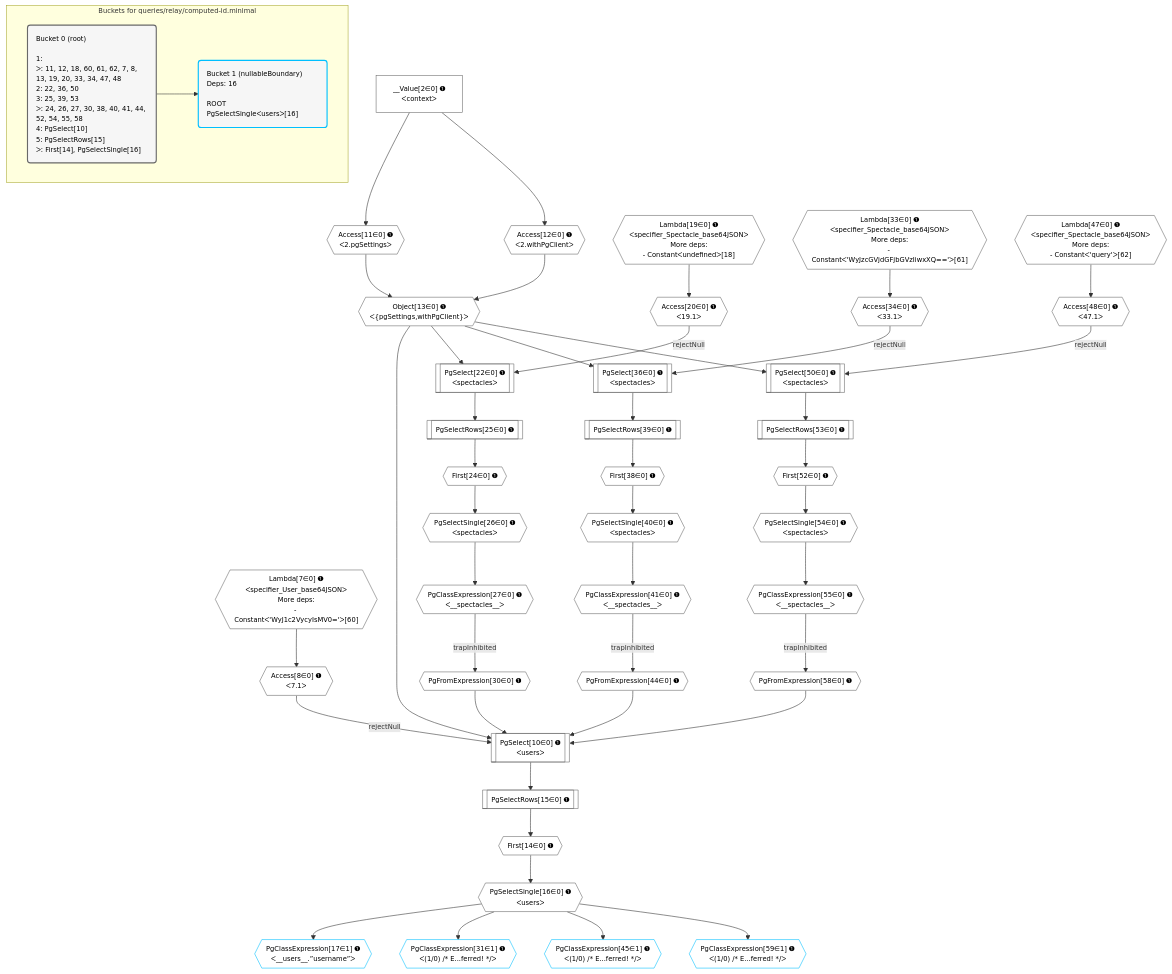
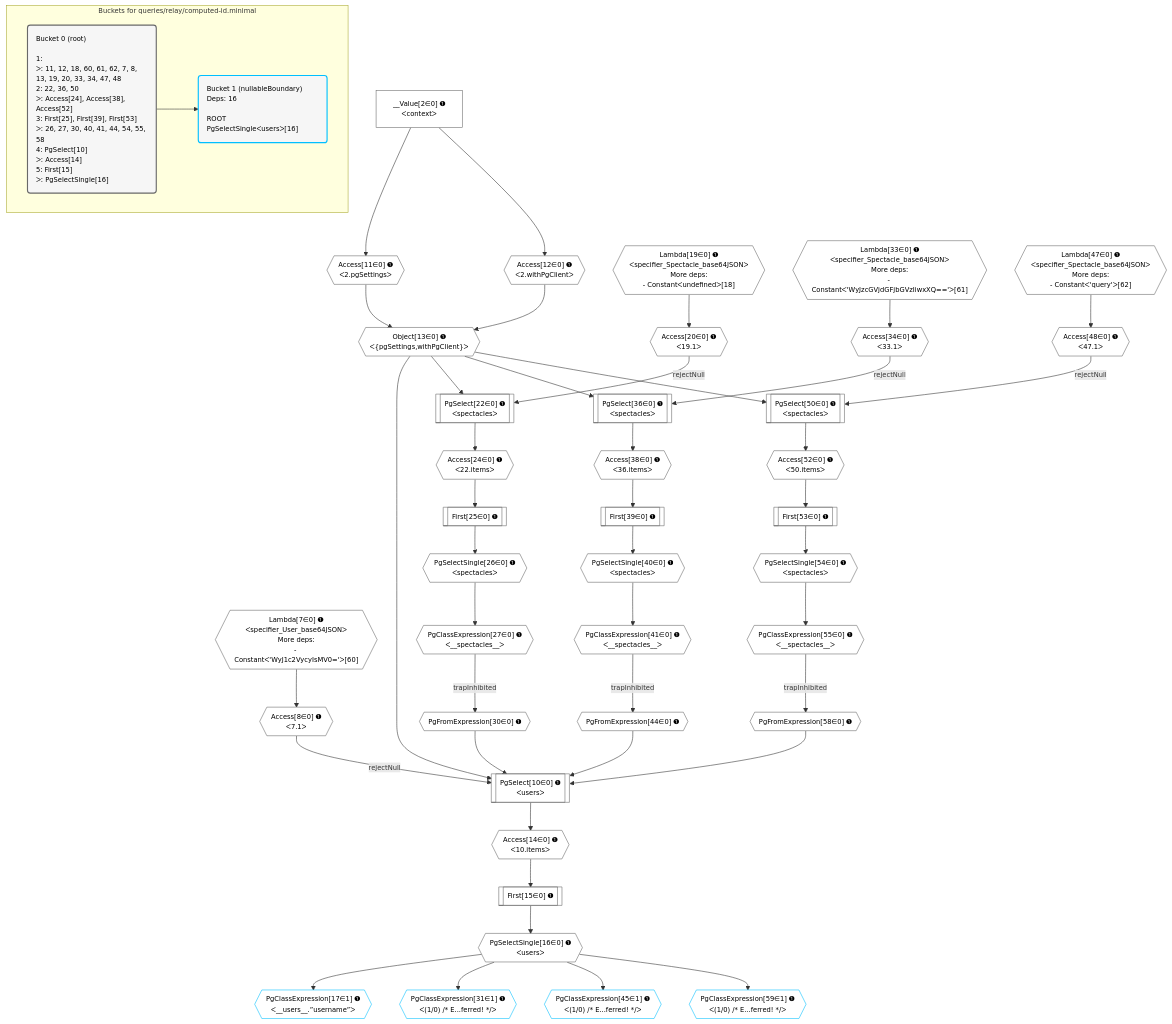
One commit to graphile/crystal changed the diagram in postgraphile/postgraphile/__tests__/queries/relay/computed-id.minimal.mermaid. Above: the diagram before and after it, drawn with Mermaid. The commit also changed 8 other files, not shown here.

```diff
--- a/postgraphile/postgraphile/__tests__/queries/relay/computed-id.minimal.mermaid
+++ b/postgraphile/postgraphile/__tests__/queries/relay/computed-id.minimal.mermaid
@@ -1,97 +1,97 @@
 %%{init: {'themeVariables': { 'fontSize': '12px'}}}%%
 graph TD
     classDef path fill:#eee,stroke:#000,color:#000
     classDef plan fill:#fff,stroke-width:1px,color:#000
     classDef itemplan fill:#fff,stroke-width:2px,color:#000
     classDef unbatchedplan fill:#dff,stroke-width:1px,color:#000
     classDef sideeffectplan fill:#fcc,stroke-width:2px,color:#000
     classDef bucket fill:#f6f6f6,color:#000,stroke-width:2px,text-align:left
 
     subgraph "Buckets for queries/relay/computed-id.minimal"
-    Bucket0("Bucket 0 (root)<br /><br />1: <br />ᐳ: 11, 12, 18, 60, 61, 62, 7, 8, 13, 19, 20, 33, 34, 47, 48<br />2: 22, 36, 50<br />3: 25, 39, 53<br />ᐳ: 24, 26, 27, 30, 38, 40, 41, 44, 52, 54, 55, 58<br />4: PgSelect[10]<br />5: PgSelectRows[15]<br />ᐳ: First[14], PgSelectSingle[16]"):::bucket
+    Bucket0("Bucket 0 (root)<br /><br />1: <br />ᐳ: 11, 12, 18, 60, 61, 62, 7, 8, 13, 19, 20, 33, 34, 47, 48<br />2: 22, 36, 50<br />ᐳ: Access[24], Access[38], Access[52]<br />3: First[25], First[39], First[53]<br />ᐳ: 26, 27, 30, 40, 41, 44, 54, 55, 58<br />4: PgSelect[10]<br />ᐳ: Access[14]<br />5: First[15]<br />ᐳ: PgSelectSingle[16]"):::bucket
     Bucket1("Bucket 1 (nullableBoundary)<br />Deps: 16<br /><br />ROOT PgSelectSingleᐸusersᐳ[16]"):::bucket
     end
     Bucket0 --> Bucket1
 
     %% plan dependencies
     PgSelect10[["PgSelect[10∈0] ➊<br />ᐸusersᐳ"]]:::plan
     Object13{{"Object[13∈0] ➊<br />ᐸ{pgSettings,withPgClient}ᐳ"}}:::plan
     Access8{{"Access[8∈0] ➊<br />ᐸ7.1ᐳ"}}:::plan
     PgFromExpression30{{"PgFromExpression[30∈0] ➊"}}:::plan
     PgFromExpression44{{"PgFromExpression[44∈0] ➊"}}:::plan
     PgFromExpression58{{"PgFromExpression[58∈0] ➊"}}:::plan
     Access8 -->|rejectNull| PgSelect10
     Object13 & PgFromExpression30 & PgFromExpression44 & PgFromExpression58 --> PgSelect10
     Access11{{"Access[11∈0] ➊<br />ᐸ2.pgSettingsᐳ"}}:::plan
     Access12{{"Access[12∈0] ➊<br />ᐸ2.withPgClientᐳ"}}:::plan
     Access11 & Access12 --> Object13
     PgSelect22[["PgSelect[22∈0] ➊<br />ᐸspectaclesᐳ"]]:::plan
     Access20{{"Access[20∈0] ➊<br />ᐸ19.1ᐳ"}}:::plan
     Access20 -->|rejectNull| PgSelect22
     Object13 --> PgSelect22
     PgSelect36[["PgSelect[36∈0] ➊<br />ᐸspectaclesᐳ"]]:::plan
     Access34{{"Access[34∈0] ➊<br />ᐸ33.1ᐳ"}}:::plan
     Access34 -->|rejectNull| PgSelect36
     Object13 --> PgSelect36
     PgSelect50[["PgSelect[50∈0] ➊<br />ᐸspectaclesᐳ"]]:::plan
     Access48{{"Access[48∈0] ➊<br />ᐸ47.1ᐳ"}}:::plan
     Access48 -->|rejectNull| PgSelect50
     Object13 --> PgSelect50
     Lambda7{{"Lambda[7∈0] ➊<br />ᐸspecifier_User_base64JSONᐳ<br />More deps:<br />- Constantᐸ'WyJ1c2VycyIsMV0='ᐳ[60]"}}:::plan
     Lambda7 --> Access8
     __Value2["__Value[2∈0] ➊<br />ᐸcontextᐳ"]:::plan
     __Value2 --> Access11
     __Value2 --> Access12
-    First14{{"First[14∈0] ➊"}}:::plan
-    PgSelectRows15[["PgSelectRows[15∈0] ➊"]]:::plan
-    PgSelectRows15 --> First14
-    PgSelect10 --> PgSelectRows15
+    Access14{{"Access[14∈0] ➊<br />ᐸ10.itemsᐳ"}}:::plan
+    PgSelect10 --> Access14
+    First15[["First[15∈0] ➊"]]:::plan
+    Access14 --> First15
     PgSelectSingle16{{"PgSelectSingle[16∈0] ➊<br />ᐸusersᐳ"}}:::plan
-    First14 --> PgSelectSingle16
+    First15 --> PgSelectSingle16
     Lambda19{{"Lambda[19∈0] ➊<br />ᐸspecifier_Spectacle_base64JSONᐳ<br />More deps:<br />- Constantᐸundefinedᐳ[18]"}}:::plan
     Lambda19 --> Access20
-    First24{{"First[24∈0] ➊"}}:::plan
-    PgSelectRows25[["PgSelectRows[25∈0] ➊"]]:::plan
-    PgSelectRows25 --> First24
-    PgSelect22 --> PgSelectRows25
+    Access24{{"Access[24∈0] ➊<br />ᐸ22.itemsᐳ"}}:::plan
+    PgSelect22 --> Access24
+    First25[["First[25∈0] ➊"]]:::plan
+    Access24 --> First25
     PgSelectSingle26{{"PgSelectSingle[26∈0] ➊<br />ᐸspectaclesᐳ"}}:::plan
-    First24 --> PgSelectSingle26
+    First25 --> PgSelectSingle26
     PgClassExpression27{{"PgClassExpression[27∈0] ➊<br />ᐸ__spectacles__ᐳ"}}:::plan
     PgSelectSingle26 --> PgClassExpression27
     PgClassExpression27 -->|trapInhibited| PgFromExpression30
     Lambda33{{"Lambda[33∈0] ➊<br />ᐸspecifier_Spectacle_base64JSONᐳ<br />More deps:<br />- Constantᐸ'WyJzcGVjdGFjbGVzIiwxXQ=='ᐳ[61]"}}:::plan
     Lambda33 --> Access34
-    First38{{"First[38∈0] ➊"}}:::plan
-    PgSelectRows39[["PgSelectRows[39∈0] ➊"]]:::plan
-    PgSelectRows39 --> First38
-    PgSelect36 --> PgSelectRows39
+    Access38{{"Access[38∈0] ➊<br />ᐸ36.itemsᐳ"}}:::plan
+    PgSelect36 --> Access38
+    First39[["First[39∈0] ➊"]]:::plan
+    Access38 --> First39
     PgSelectSingle40{{"PgSelectSingle[40∈0] ➊<br />ᐸspectaclesᐳ"}}:::plan
-    First38 --> PgSelectSingle40
+    First39 --> PgSelectSingle40
     PgClassExpression41{{"PgClassExpression[41∈0] ➊<br />ᐸ__spectacles__ᐳ"}}:::plan
     PgSelectSingle40 --> PgClassExpression41
     PgClassExpression41 -->|trapInhibited| PgFromExpression44
     Lambda47{{"Lambda[47∈0] ➊<br />ᐸspecifier_Spectacle_base64JSONᐳ<br />More deps:<br />- Constantᐸ'query'ᐳ[62]"}}:::plan
     Lambda47 --> Access48
-    First52{{"First[52∈0] ➊"}}:::plan
-    PgSelectRows53[["PgSelectRows[53∈0] ➊"]]:::plan
-    PgSelectRows53 --> First52
-    PgSelect50 --> PgSelectRows53
+    Access52{{"Access[52∈0] ➊<br />ᐸ50.itemsᐳ"}}:::plan
+    PgSelect50 --> Access52
+    First53[["First[53∈0] ➊"]]:::plan
+    Access52 --> First53
     PgSelectSingle54{{"PgSelectSingle[54∈0] ➊<br />ᐸspectaclesᐳ"}}:::plan
-    First52 --> PgSelectSingle54
+    First53 --> PgSelectSingle54
     PgClassExpression55{{"PgClassExpression[55∈0] ➊<br />ᐸ__spectacles__ᐳ"}}:::plan
     PgSelectSingle54 --> PgClassExpression55
     PgClassExpression55 -->|trapInhibited| PgFromExpression58
     PgClassExpression17{{"PgClassExpression[17∈1] ➊<br />ᐸ__users__.”username”ᐳ"}}:::plan
     PgSelectSingle16 --> PgClassExpression17
     PgClassExpression31{{"PgClassExpression[31∈1] ➊<br />ᐸ(1/0) /* E...ferred! */ᐳ"}}:::plan
     PgSelectSingle16 --> PgClassExpression31
     PgClassExpression45{{"PgClassExpression[45∈1] ➊<br />ᐸ(1/0) /* E...ferred! */ᐳ"}}:::plan
     PgSelectSingle16 --> PgClassExpression45
     PgClassExpression59{{"PgClassExpression[59∈1] ➊<br />ᐸ(1/0) /* E...ferred! */ᐳ"}}:::plan
     PgSelectSingle16 --> PgClassExpression59
 
     %% define steps
     classDef bucket0 stroke:#696969
-    class Bucket0,__Value2,Lambda7,Access8,PgSelect10,Access11,Access12,Object13,First14,PgSelectRows15,PgSelectSingle16,Lambda19,Access20,PgSelect22,First24,PgSelectRows25,PgSelectSingle26,PgClassExpression27,PgFromExpression30,Lambda33,Access34,PgSelect36,First38,PgSelectRows39,PgSelectSingle40,PgClassExpression41,PgFromExpression44,Lambda47,Access48,PgSelect50,First52,PgSelectRows53,PgSelectSingle54,PgClassExpression55,PgFromExpression58 bucket0
+    class Bucket0,__Value2,Lambda7,Access8,PgSelect10,Access11,Access12,Object13,Access14,First15,PgSelectSingle16,Lambda19,Access20,PgSelect22,Access24,First25,PgSelectSingle26,PgClassExpression27,PgFromExpression30,Lambda33,Access34,PgSelect36,Access38,First39,PgSelectSingle40,PgClassExpression41,PgFromExpression44,Lambda47,Access48,PgSelect50,Access52,First53,PgSelectSingle54,PgClassExpression55,PgFromExpression58 bucket0
     classDef bucket1 stroke:#00bfff
     class Bucket1,PgClassExpression17,PgClassExpression31,PgClassExpression45,PgClassExpression59 bucket1
```
